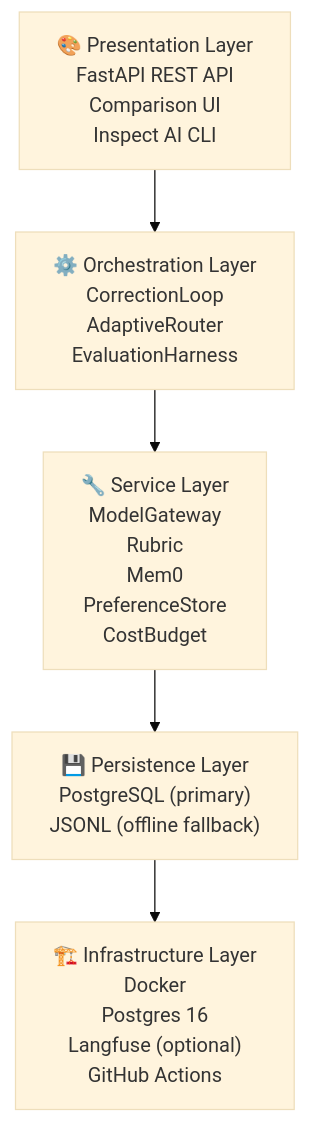
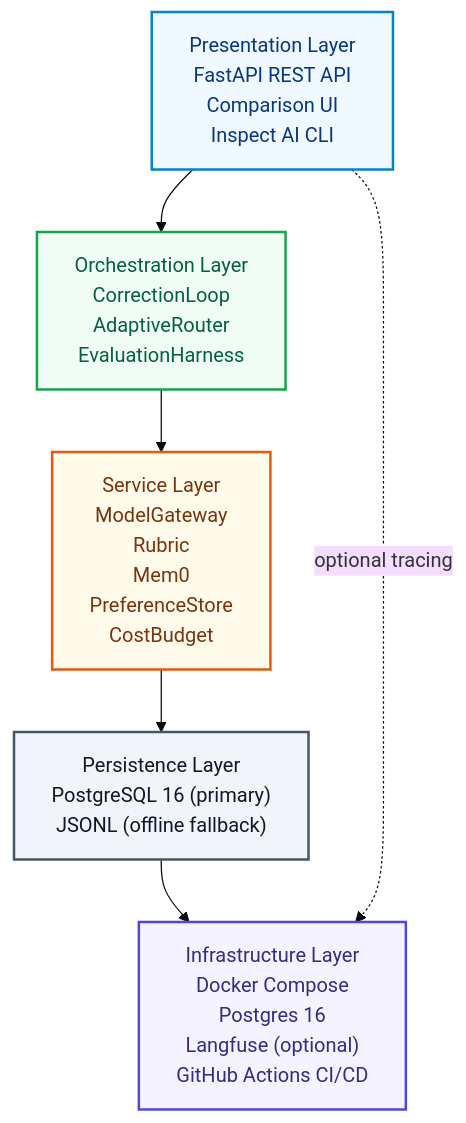
Before and after one commit to Hasan26ozcan/Script-Supervisor: the diagram in README.md, drawn with Mermaid (base theme). The commit also changed 2 other files, not shown here.

Commit message:
update graphic

````diff
--- a/README.md
+++ b/README.md
@@ -51,7 +51,25 @@
 ```mermaid
 graph TD
-    A["🎨 Presentation Layer<br/>FastAPI REST API<br/>Comparison UI<br/>Inspect AI CLI"] --> B["⚙️ Orchestration Layer<br/>CorrectionLoop<br/>AdaptiveRouter<br/>EvaluationHarness"]
-    B --> C["🔧 Service Layer<br/>ModelGateway<br/>Rubric<br/>Mem0<br/>PreferenceStore<br/>CostBudget"]
-    C --> D["💾 Persistence Layer<br/>PostgreSQL (primary)<br/>JSONL (offline fallback)"]
-    D --> E["🏗️ Infrastructure Layer<br/>Docker<br/>Postgres 16<br/>Langfuse (optional)<br/>GitHub Actions"]
+    P["Presentation Layer<br/>FastAPI REST API<br/>Comparison UI<br/>Inspect AI CLI"]
+    O["Orchestration Layer<br/>CorrectionLoop<br/>AdaptiveRouter<br/>EvaluationHarness"]
+    S["Service Layer<br/>ModelGateway<br/>Rubric<br/>Mem0<br/>PreferenceStore<br/>CostBudget"]
+    D["Persistence Layer<br/>PostgreSQL 16 (primary)<br/>JSONL (offline fallback)"]
+    I["Infrastructure Layer<br/>Docker Compose<br/>Postgres 16<br/>Langfuse (optional)<br/>GitHub Actions CI/CD"]
+
+    P --> O
+    O --> S
+    S --> D
+    D --> I
+    P -.->|optional tracing| I
+
+    classDef presentation fill:#f0f9ff,stroke:#0284c7,stroke-width:2px,color:#07377e
+    classDef orchestration fill:#f0fdf4,stroke:#16a34a,stroke-width:2px,color:#065f46
+    classDef service fill:#fffbeb,stroke:#ea580c,stroke-width:2px,color:#78350f
+    classDef persistence fill:#f1f5f9,stroke:#475569,stroke-width:2px,color:#0f172a
+    classDef infrastructure fill:#f5f3ff,stroke:#4f46e5,stroke-width:2px,color:#312e81
+    class P presentation
+    class O orchestration
+    class S service
+    class D persistence
+    class I infrastructure
 ```
````
